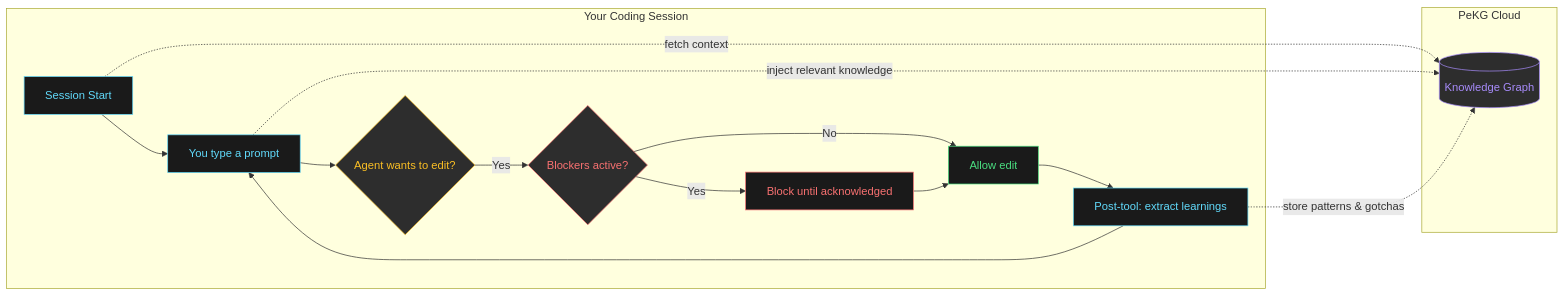
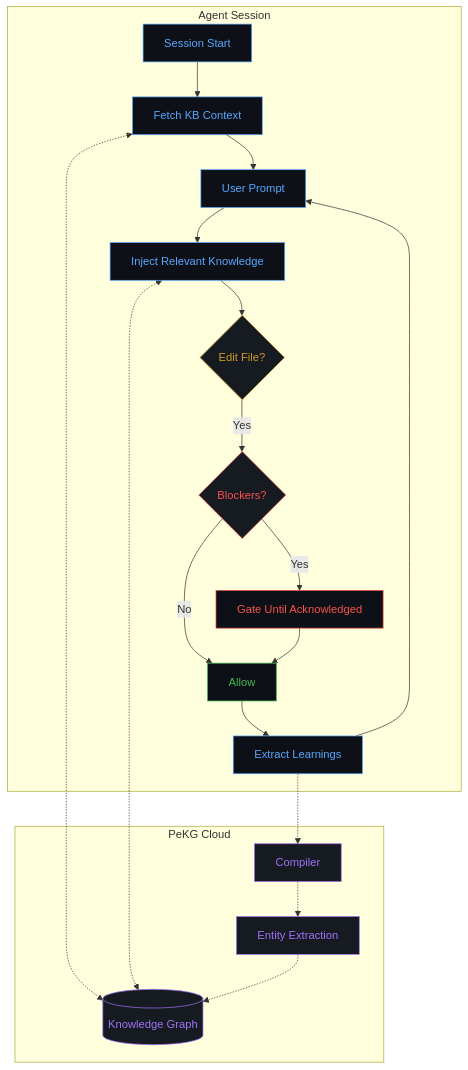
The diagram in README.md (PeKG-AI-Inc/plugins), drawn with Mermaid before and after one commit. The commit also changed other lines of this file, not shown here.

Commit message:
docs: comprehensive README with mermaid diagram, feature comparison, proper structure

````diff
--- a/README.md
+++ b/README.md
@@ -29,30 +66,40 @@
 ```mermaid
-flowchart LR
-    subgraph Session["Your Coding Session"]
-        A[Session Start] --> B[You type a prompt]
-        B --> C{Agent wants to edit?}
-        C -->|Yes| D{Blockers active?}
-        D -->|Yes| E[Block until acknowledged]
-        D -->|No| F[Allow edit]
-        E --> F
-        F --> G[Post-tool: extract learnings]
-        G --> B
+flowchart TB
+    subgraph Session["Agent Session"]
+        A["Session Start"] --> B["Fetch KB Context"]
+        B --> C["User Prompt"]
+        C --> D["Inject Relevant Knowledge"]
+        D --> E{"Edit File?"}
+        E -->|Yes| F{"Blockers?"}
+        F -->|Yes| G["Gate Until Acknowledged"]
+        F -->|No| H["Allow"]
+        G --> H
+        H --> I["Extract Learnings"]
+        I --> C
     end
 
-    subgraph PeKG["PeKG Cloud"]
-        H[(Knowledge Graph)]
+    subgraph Cloud["PeKG Cloud"]
+        J[("Knowledge Graph")]
+        K["Compiler"]
+        L["Entity Extraction"]
     end
 
-    A -.->|fetch context| H
-    B -.->|inject relevant knowledge| H
-    G -.->|store patterns & gotchas| H
+    B <-.-> J
+    D <-.-> J
+    I -.-> K
+    K -.-> L
+    L -.-> J
 
-    style A fill:#1a1a1a,stroke:#61dafb,color:#61dafb
-    style B fill:#1a1a1a,stroke:#61dafb,color:#61dafb
-    style C fill:#2d2d2d,stroke:#fbbf24,color:#fbbf24
-    style D fill:#2d2d2d,stroke:#f87171,color:#f87171
-    style E fill:#1a1a1a,stroke:#f87171,color:#f87171
-    style F fill:#1a1a1a,stroke:#4ade80,color:#4ade80
-    style G fill:#1a1a1a,stroke:#61dafb,color:#61dafb
-    style H fill:#2d2d2d,stroke:#a78bfa,color:#a78bfa
+    style A fill:#0d1117,stroke:#58a6ff,color:#58a6ff
+    style B fill:#0d1117,stroke:#58a6ff,color:#58a6ff
+    style C fill:#0d1117,stroke:#58a6ff,color:#58a6ff
+    style D fill:#0d1117,stroke:#58a6ff,color:#58a6ff
+    style E fill:#161b22,stroke:#d29922,color:#d29922
+    style F fill:#161b22,stroke:#f85149,color:#f85149
+    style G fill:#0d1117,stroke:#f85149,color:#f85149
+    style H fill:#0d1117,stroke:#3fb950,color:#3fb950
+    style I fill:#0d1117,stroke:#58a6ff,color:#58a6ff
+    style J fill:#161b22,stroke:#a371f7,color:#a371f7
+    style K fill:#161b22,stroke:#a371f7,color:#a371f7
+    style L fill:#161b22,stroke:#a371f7,color:#a371f7
 ```
````
